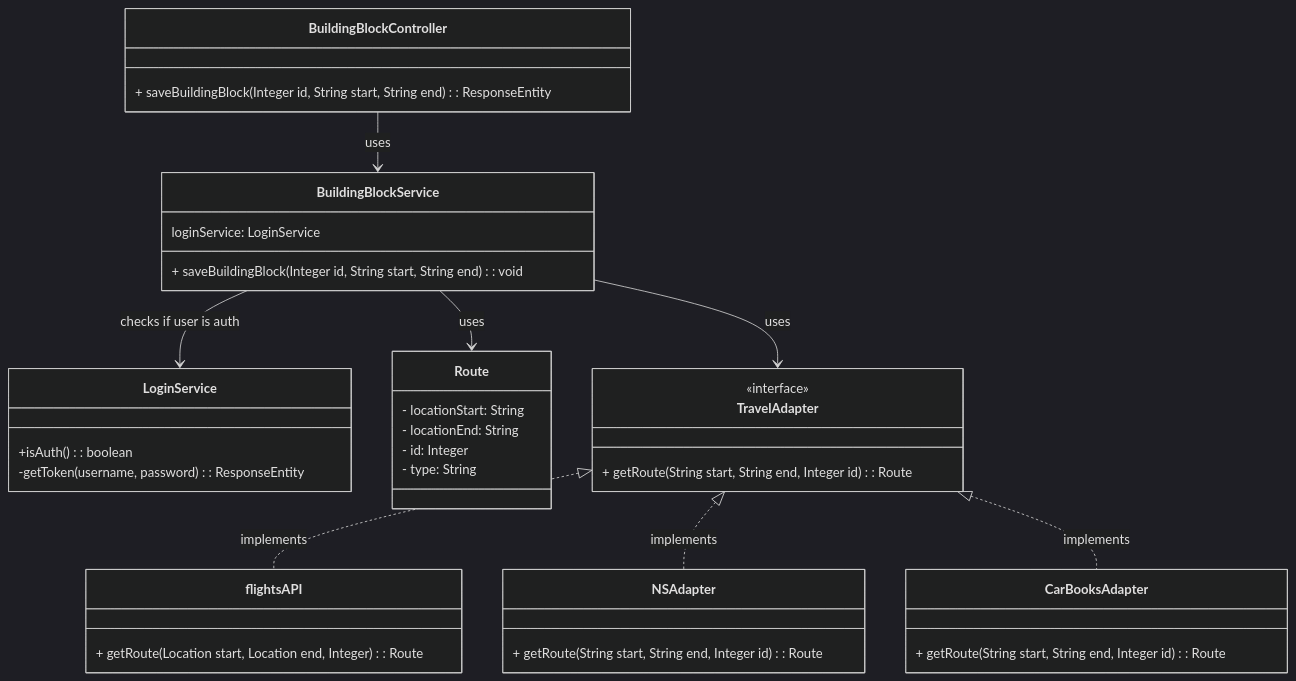
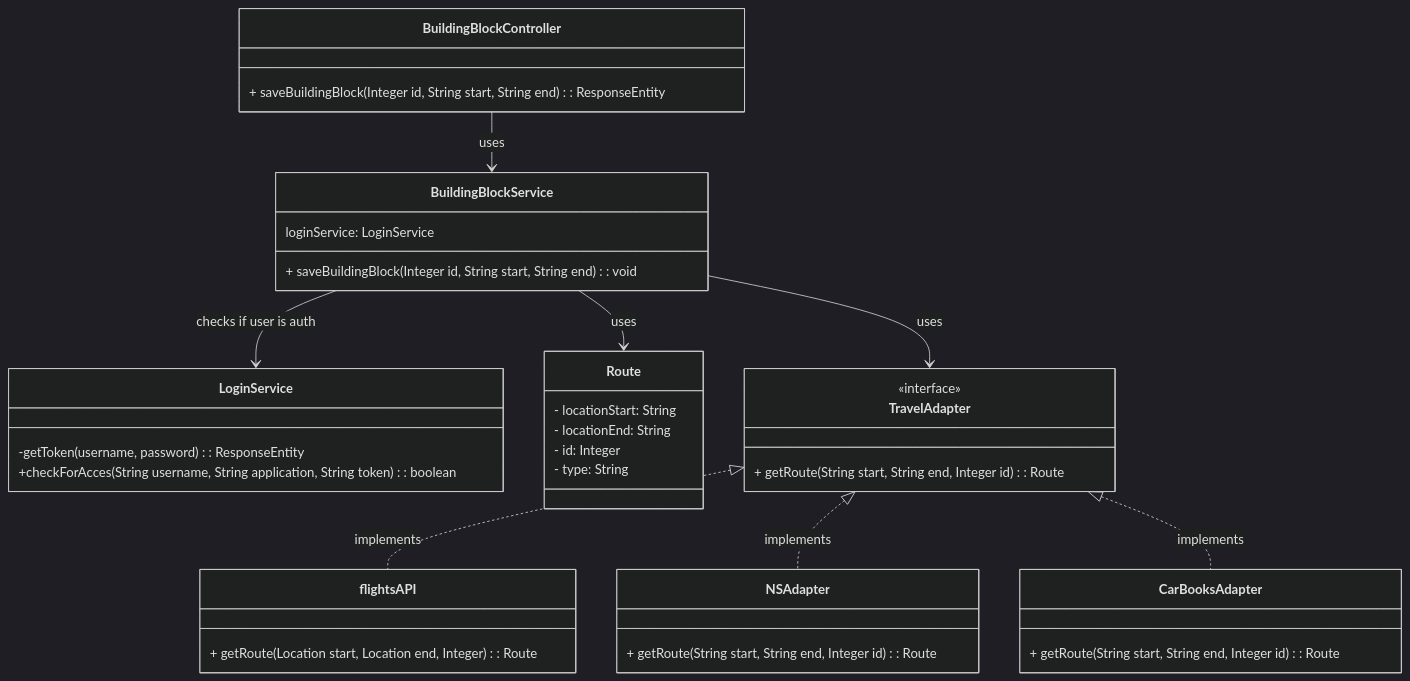
The third of 3 diagrams in software-guidebook/README.md (AIM-ENE-feb25/triptop-inshallahboys), drawn with Mermaid (dark theme) before and after one commit. The commit also changed other lines of this file, not shown here.

````diff
--- a/software-guidebook/README.md
+++ b/software-guidebook/README.md
@@ -219,49 +217,49 @@
 ```mermaid
 classDiagram
 
 class BuildingBlockController {
     + saveBuildingBlock(Integer id, String start, String end): ResponseEntity<Integer, String>
 }
 
 class BuildingBlockService {
     loginService: LoginService
     + saveBuildingBlock(Integer id, String start, String end): void
 }
 
 class LoginService{
-    +isAuth() : boolean
     -getToken(username, password) : ResponseEntity<String>
+    +checkForAcces(String username, String application, String token) : boolean
 }
 
 class Route {
     - locationStart: String
     - locationEnd: String
     - id: Integer
     - type: String
 }
 
 class TravelAdapter {
     <<interface>>
     + getRoute(String start, String end, Integer id): Route
 }
 
 class flightsAPI {
     + getRoute(Location start, Location end, Integer): Route
 }
 
 class NSAdapter {
     + getRoute(String start, String end, Integer id): Route
 }
 
 class CarBooksAdapter {
     + getRoute(String start, String end, Integer id): Route
 }
 
 BuildingBlockController --> BuildingBlockService : uses
 BuildingBlockService --> LoginService : checks if user is auth
 BuildingBlockService --> TravelAdapter : uses
 BuildingBlockService --> Route : uses
 TravelAdapter <|.. flightsAPI : implements
 TravelAdapter <|.. NSAdapter : implements
 TravelAdapter <|.. CarBooksAdapter : implements
 ```
````
